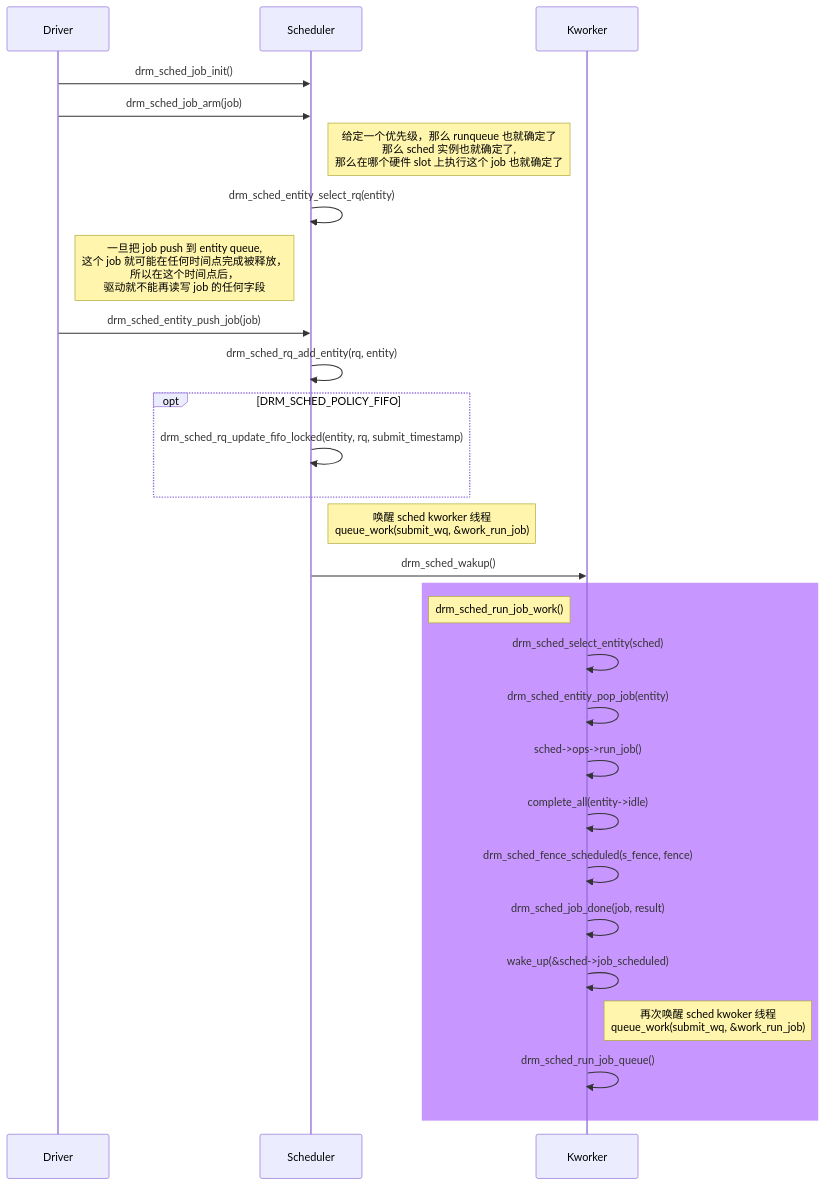
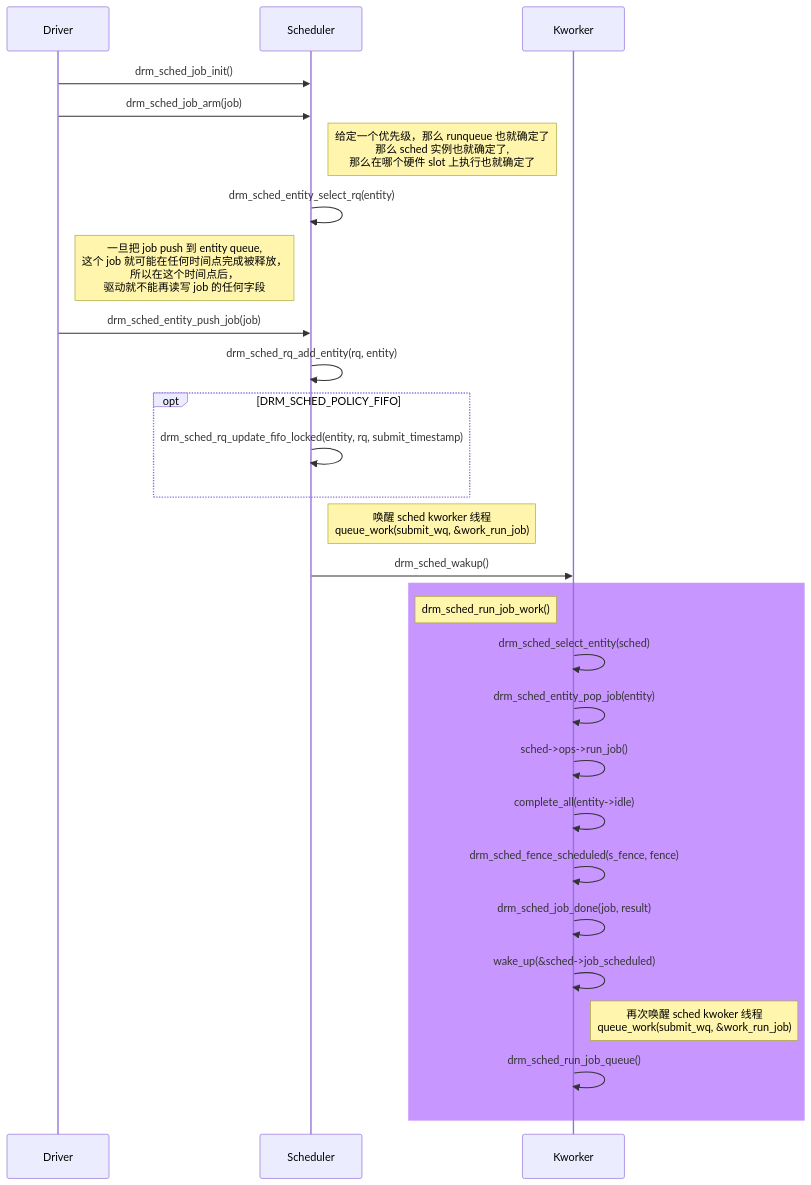
One commit to lucmann/lucmann.github.io changed the fourth of 5 diagrams in source/_posts/lnx/gpu-sched.md. Above: the diagram before and after it, drawn with Mermaid.

Commit message:
linux: sched

````diff
--- a/source/_posts/lnx/gpu-sched.md
+++ b/source/_posts/lnx/gpu-sched.md
@@ -274,31 +274,31 @@
 ```mermaid
 sequenceDiagram
   participant Driver
   participant Scheduler
   participant Kworker
 
   Driver ->> Scheduler : drm_sched_job_init()
   Driver ->> Scheduler : drm_sched_job_arm(job)
-  note right of Scheduler : 给定一个优先级，那么 runqueue 也就确定了<br>那么 sched 实例也就确定了,<br>那么在哪个硬件 slot 上执行这个 job 也就确定了
+  note right of Scheduler : 给定一个优先级，那么 runqueue 也就确定了<br>那么 sched 实例也就确定了,<br>那么在哪个硬件 slot 上执行也就确定了
   Scheduler ->> Scheduler : drm_sched_entity_select_rq(entity)
   note right of Driver : 一旦把 job push 到 entity queue,<br>这个 job 就可能在任何时间点完成被释放，<br>所以在这个时间点后，<br>驱动就不能再读写 job 的任何字段
   Driver ->> Scheduler : drm_sched_entity_push_job(job)
   Scheduler ->> Scheduler : drm_sched_rq_add_entity(rq, entity)
   opt DRM_SCHED_POLICY_FIFO
     Scheduler ->> Scheduler : drm_sched_rq_update_fifo_locked(entity, rq, submit_timestamp)
   end
   note right of Scheduler : 唤醒 sched kworker 线程<br>queue_work(submit_wq, &work_run_job)
   Scheduler ->> Kworker : drm_sched_wakup()
   rect rgb(200, 150, 255)
     note left of Kworker : drm_sched_run_job_work()
     Kworker ->> Kworker : drm_sched_select_entity(sched)
     Kworker ->> Kworker : drm_sched_entity_pop_job(entity)
     Kworker ->> Kworker : sched->ops->run_job()
     Kworker ->> Kworker : complete_all(entity->idle)
     Kworker ->> Kworker : drm_sched_fence_scheduled(s_fence, fence)
     Kworker ->> Kworker : drm_sched_job_done(job, result)
     Kworker ->> Kworker : wake_up(&sched->job_scheduled)
     note right of Kworker : 再次唤醒 sched kwoker 线程<br>queue_work(submit_wq, &work_run_job)
     Kworker ->> Kworker : drm_sched_run_job_queue()
   end
 ```
````
